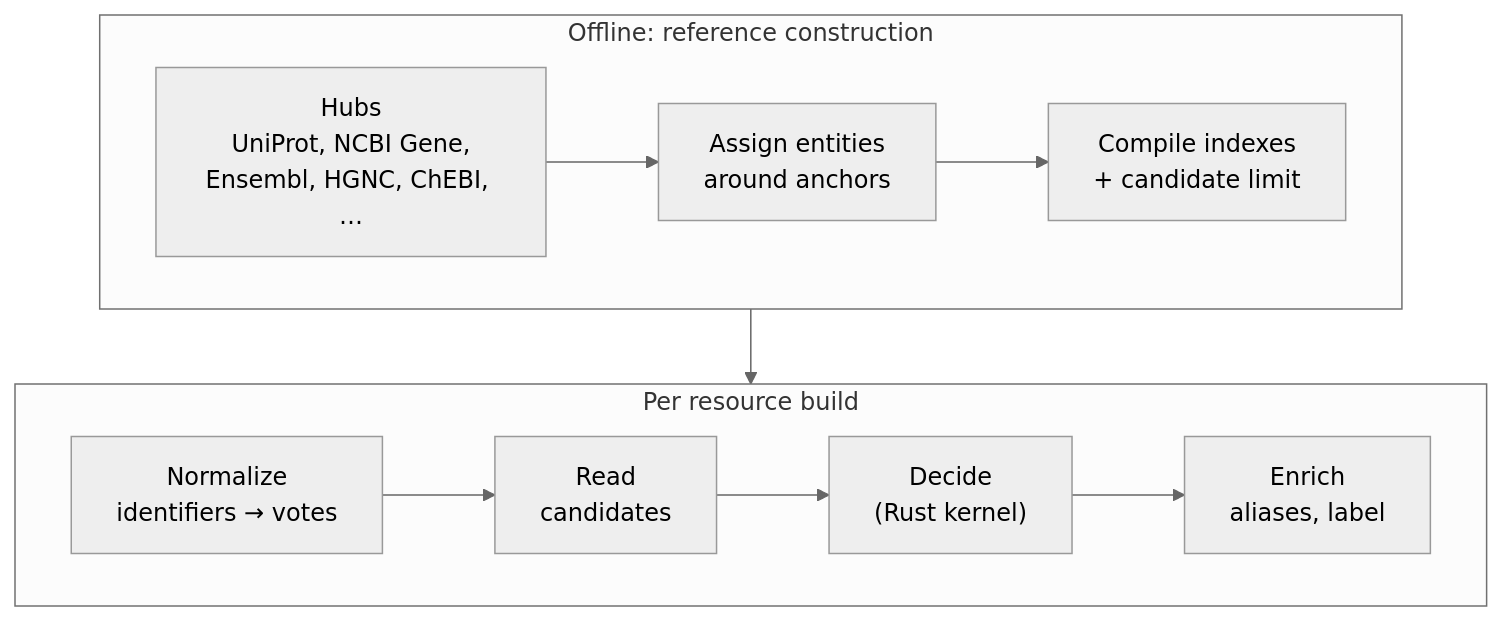
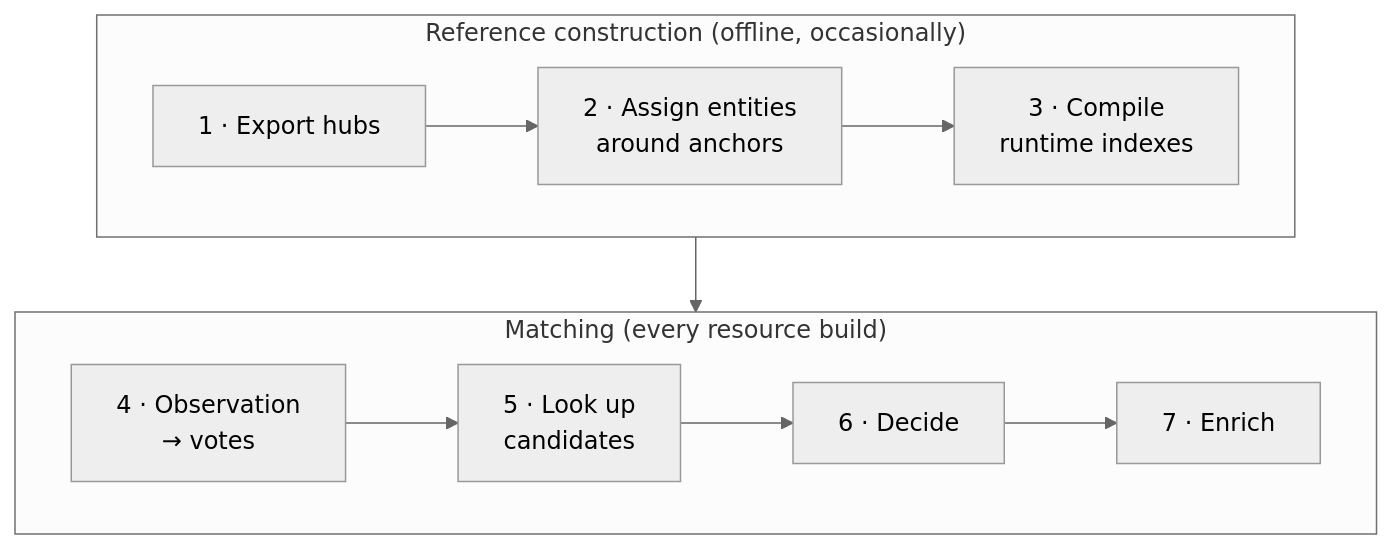
The diagram in core_documentation/resolution.md (saezlab/omnipath-build), drawn with Mermaid (neutral theme) before and after one commit. The commit also changed other lines of this file and 9 other files, not shown here.

````diff
--- a/core_documentation/resolution.md
+++ b/core_documentation/resolution.md
@@ -14,12 +21,12 @@
 ```mermaid
 flowchart TB
-    subgraph offline["Offline: reference construction"]
+    subgraph offline["Reference construction (offline, occasionally)"]
         direction LR
-        H["Hubs<br/>UniProt, NCBI Gene,<br/>Ensembl, HGNC, ChEBI, …"] --> A["Assign entities<br/>around anchors"] --> I["Compile indexes<br/>+ candidate limit"]
+        H["1 · Export hubs"] --> A["2 · Assign entities<br/>around anchors"] --> I["3 · Compile<br/>runtime indexes"]
     end
-    subgraph build["Per resource build"]
+    subgraph build["Matching (every resource build)"]
         direction LR
-        N["Normalize<br/>identifiers → votes"] --> L["Read<br/>candidates"] --> K["Decide<br/>(Rust kernel)"] --> E["Enrich<br/>aliases, label"]
+        N["4 · Observation<br/>→ votes"] --> L["5 · Look up<br/>candidates"] --> K["6 · Decide"] --> E["7 · Enrich"]
     end
     I --> L
 ```
````
